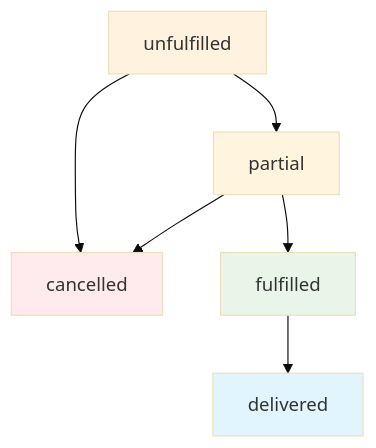
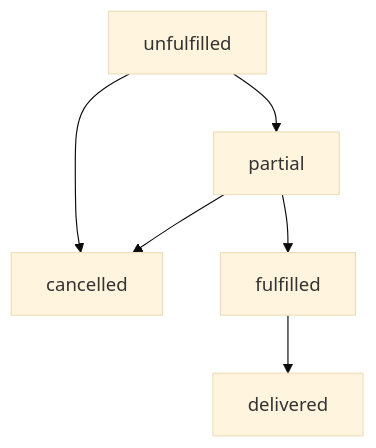
One commit to karrioapi/karrio changed the second of 2 diagrams in apps/web/src/app/docs/products/orders/page.mdx. Above: the diagram before and after it, drawn with Mermaid (base theme). The commit also changed other lines of this file and 34 other files, not shown here.

````diff
--- a/apps/web/src/app/docs/products/orders/page.mdx
+++ b/apps/web/src/app/docs/products/orders/page.mdx
@@ -761,13 +758,10 @@
 ```mermaid
 flowchart TD
     A[unfulfilled] --> B[partial]
     A --> G[cancelled]
     B --> C[fulfilled]
     B --> G
     C --> D[delivered]
 
-    style A fill:#fff3e0
-    style C fill:#e8f5e8
-    style D fill:#e1f5fe
-    style G fill:#ffebee
+    
 ```
````
